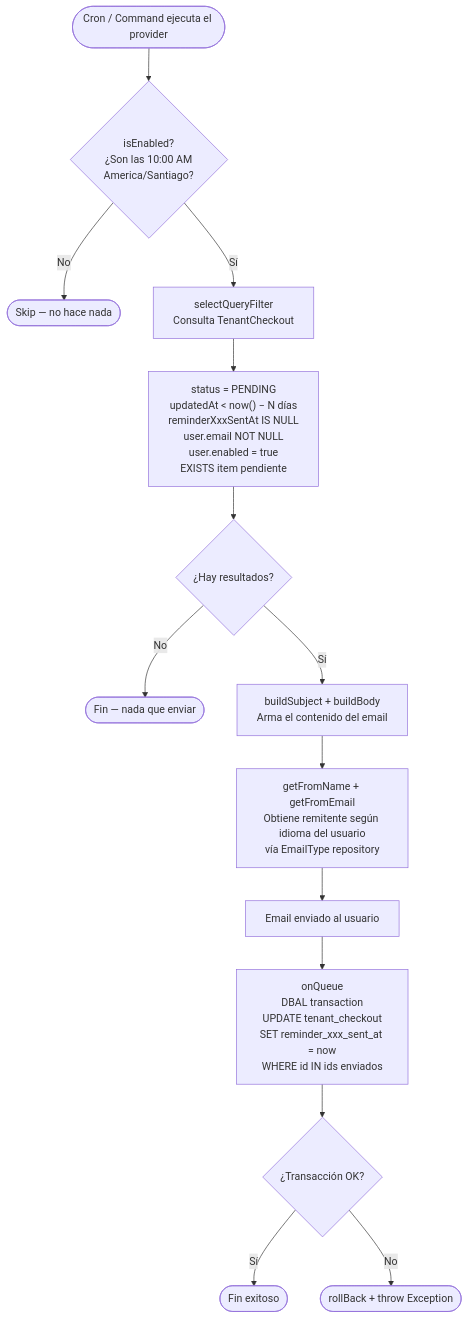
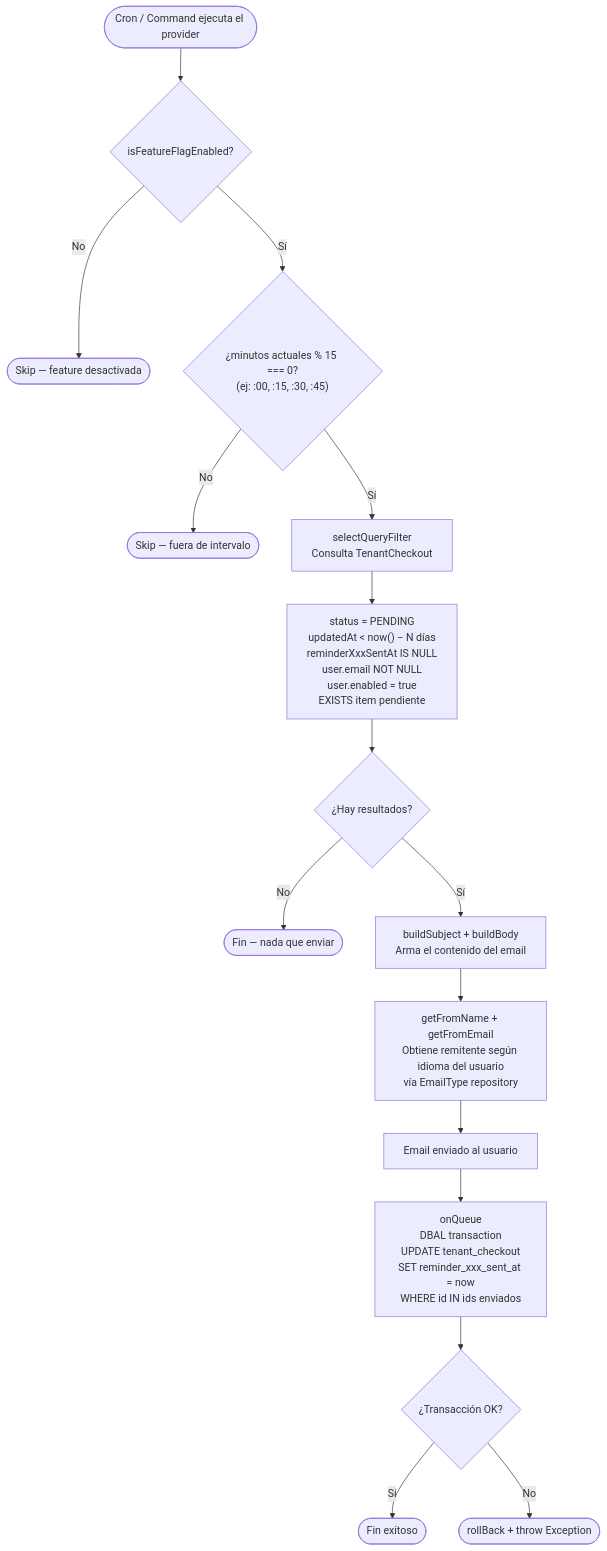
One commit to ignacioToledoTorres/carrito-abandonado-prototipo changed the second of 3 diagrams in README.md. Above: the diagram before and after it, drawn with Mermaid.

Commit message:
docs: fix flowchart to reflect feature flag + 15-min interval logic

````diff
--- a/README.md
+++ b/README.md
@@ -69,22 +69,24 @@
 ```mermaid
 flowchart TD
-    A([Cron / Command ejecuta el provider]) --> B{isEnabled?\n¿Son las 10:00 AM\nAmerica/Santiago?}
-    B -- No --> Z([Skip — no hace nada])
-    B -- Sí --> C[selectQueryFilter\nConsulta TenantCheckout]
+    A([Cron / Command ejecuta el provider]) --> B{isFeatureFlagEnabled?}
+    B -- No --> Z([Skip — feature desactivada])
+    B -- Sí --> C{"¿minutos actuales % 15 === 0?\n(ej: :00, :15, :30, :45)"}
+    C -- No --> Z1([Skip — fuera de intervalo])
+    C -- Sí --> D[selectQueryFilter\nConsulta TenantCheckout]
 
-    C --> C1["status = PENDING\nupdatedAt < now() − N días\nreminderXxxSentAt IS NULL\nuser.email NOT NULL\nuser.enabled = true\nEXISTS item pendiente"]
+    D --> D1["status = PENDING\nupdatedAt < now() − N días\nreminderXxxSentAt IS NULL\nuser.email NOT NULL\nuser.enabled = true\nEXISTS item pendiente"]
 
-    C1 --> D{¿Hay resultados?}
-    D -- No --> Z2([Fin — nada que enviar])
-    D -- Sí --> E[buildSubject + buildBody\nArma el contenido del email]
+    D1 --> E{¿Hay resultados?}
+    E -- No --> Z2([Fin — nada que enviar])
+    E -- Sí --> F[buildSubject + buildBody\nArma el contenido del email]
 
-    E --> F[getFromName + getFromEmail\nObtiene remitente según idioma del usuario\nvía EmailType repository]
+    F --> G[getFromName + getFromEmail\nObtiene remitente según idioma del usuario\nvía EmailType repository]
 
-    F --> G[Email enviado al usuario]
+    G --> H[Email enviado al usuario]
 
-    G --> H[onQueue\nDBAL transaction\nUPDATE tenant_checkout\nSET reminder_xxx_sent_at = now\nWHERE id IN ids enviados]
+    H --> I[onQueue\nDBAL transaction\nUPDATE tenant_checkout\nSET reminder_xxx_sent_at = now\nWHERE id IN ids enviados]
 
-    H --> I{¿Transacción OK?}
-    I -- Sí --> J([Fin exitoso])
-    I -- No --> K([rollBack + throw Exception])
+    I --> J{¿Transacción OK?}
+    J -- Sí --> K([Fin exitoso])
+    J -- No --> L([rollBack + throw Exception])
 ```
````
